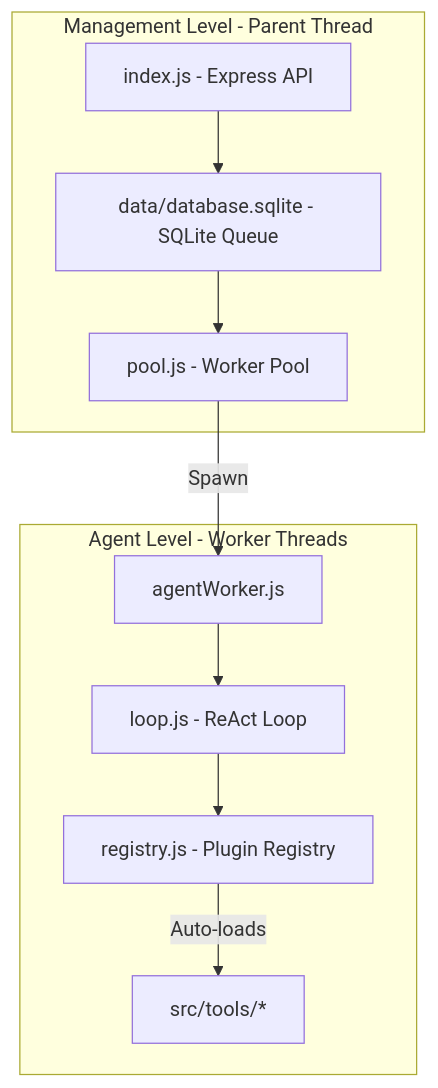
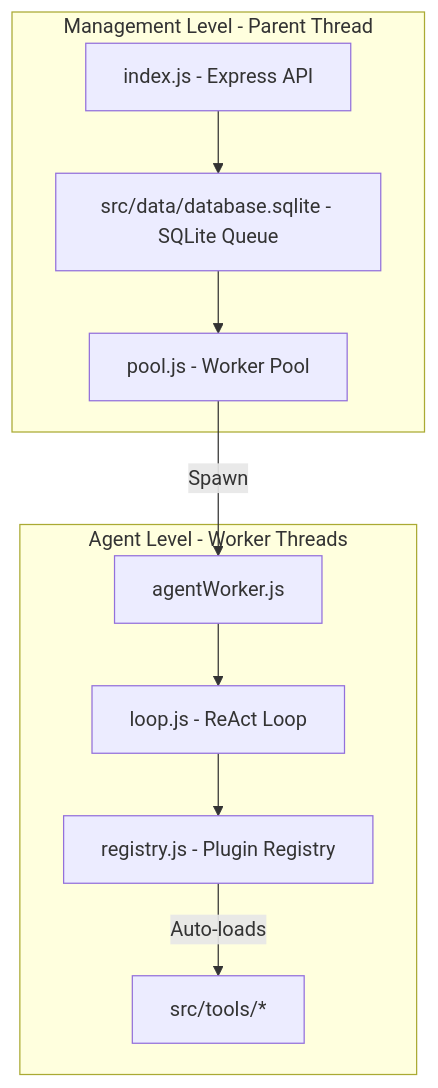
The diagram in agent.md (minhle-120/compass), drawn with Mermaid before and after one commit. The commit also changed 6 other files, not shown here.

````diff
--- a/agent.md
+++ b/agent.md
@@ -11,14 +11,14 @@
 ```mermaid
 graph TD
     subgraph Management Level [Management Level - Parent Thread]
-        A[index.js - Express API] --> B[data/database.sqlite - SQLite Queue]
+        A[index.js - Express API] --> B[src/data/database.sqlite - SQLite Queue]
         B --> C[pool.js - Worker Pool]
       end
 
     subgraph Agent Level [Agent Level - Worker Threads]
         C -->|Spawn| D[agentWorker.js]
         D --> E[loop.js - ReAct Loop]
         E --> F[registry.js - Plugin Registry]
         F -->|Auto-loads| G[src/tools/*]
     end
 ```
````
